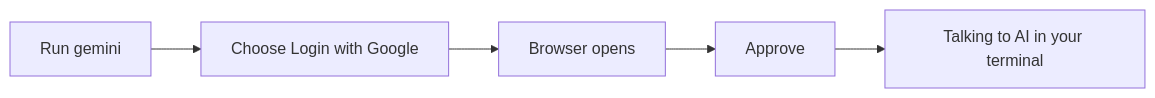
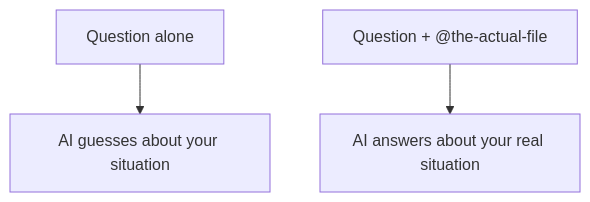
The diagram in docs/ja/lessons/a04.md (KakkoiDev/izumo-io), drawn with Mermaid before and after one commit. The commit also changed other lines of this file and 256 other files, not shown here.

First line of the commit message:
Restructure AI course to 8 lessons; fix mermaid font clipping

````diff
--- a/docs/ja/lessons/a04.md
+++ b/docs/ja/lessons/a04.md
@@ -37,7 +30,5 @@
 ```mermaid
-flowchart LR
-    A[Run gemini] --> B[Choose Login with Google]
-    B --> C[Browser opens]
-    C --> D[Approve]
-    D --> E[Talking to AI in your terminal]
+flowchart TD
+    Q[Question alone] --> G[AI guesses about your situation]
+    QC["Question + @the-actual-file"] --> A[AI answers about your real situation]
 ```
````
